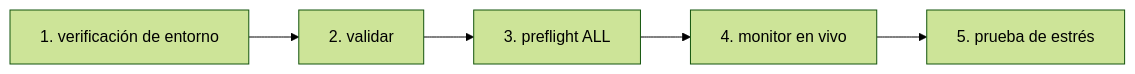
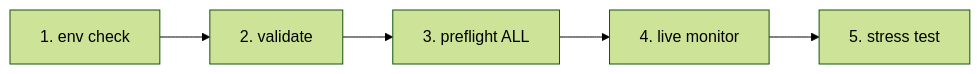
Before and after one commit to IrsanAI/TPM-Agent: the diagram in docs/i18n/README.es.md, drawn with Mermaid (forest theme). The commit also changed other lines of this file and 31 other files, not shown here.

````diff
--- a/docs/i18n/README.es.md
+++ b/docs/i18n/README.es.md
@@ -31,7 +36,7 @@
 ```mermaid
 flowchart LR
-  A[1. verificación de entorno] --> B[2. validar]
+  A[1. env check] --> B[2. validate]
   B --> C[3. preflight ALL]
-  C --> D[4. monitor en vivo]
-  D --> E[5. prueba de estrés]
+  C --> D[4. live monitor]
+  D --> E[5. stress test]
 ```
````
